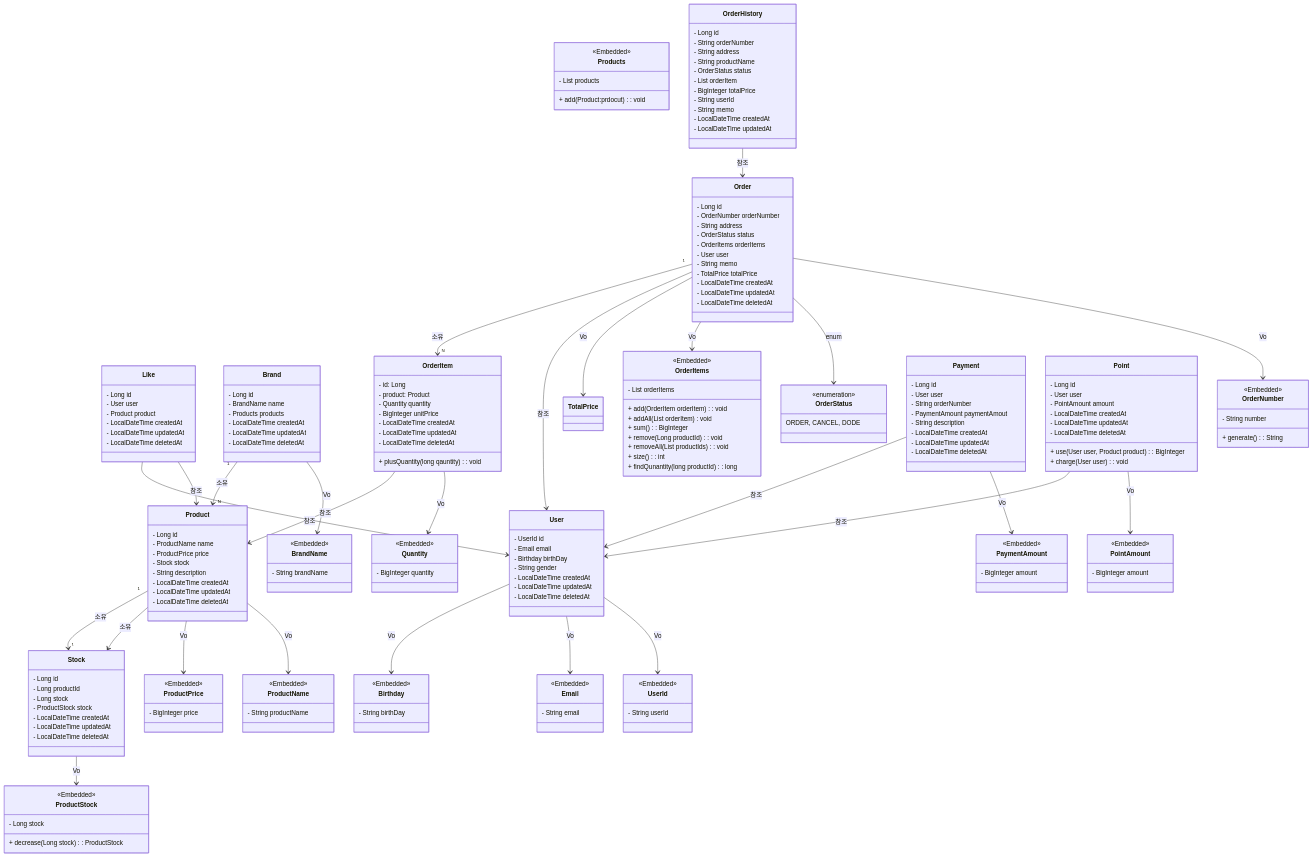
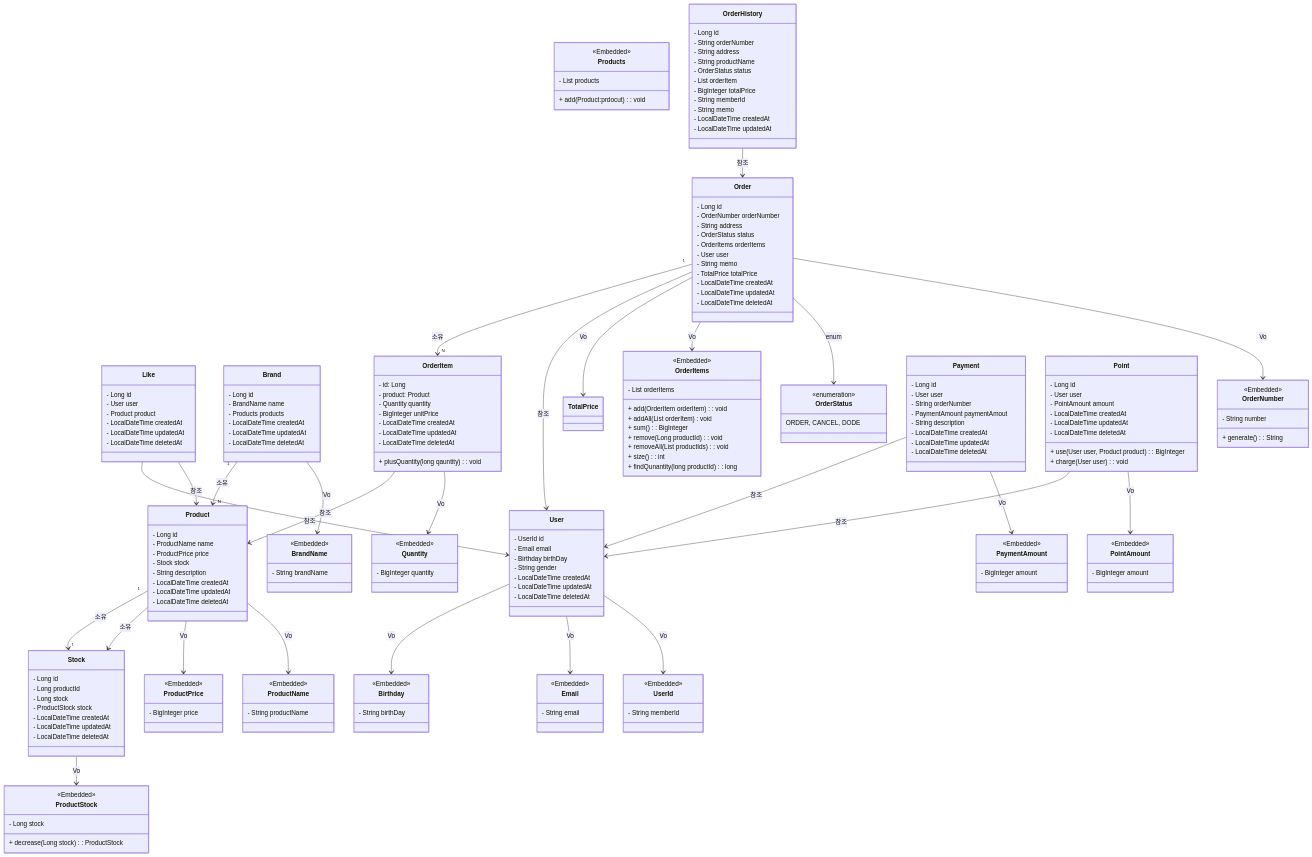
Before and after one commit to Loopers-Team-6/younghun: the diagram in apps/commerce-api/docs/desigin/03-class-diagrams.md, drawn with Mermaid.

Commit message:
docs: 클래스 다이어그램 수정

```diff
--- a/apps/commerce-api/docs/desigin/03-class-diagrams.md
+++ b/apps/commerce-api/docs/desigin/03-class-diagrams.md
@@ -17,7 +17,7 @@
 
 class UserId {
     <<Embedded>>
- - String userId
+ - String memberId
 }
 
 class Email {
@@ -173,7 +173,7 @@
   - OrderStatus status
   - List<OrderItem> orderItem
   - BigInteger totalPrice
-  - String userId
+  - String memberId
   - String memo
   
   - LocalDateTime createdAt
```
